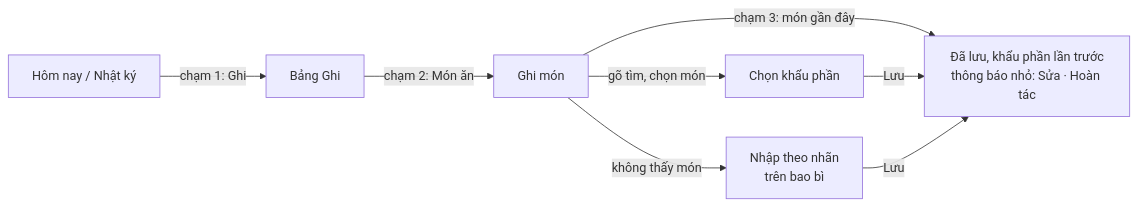
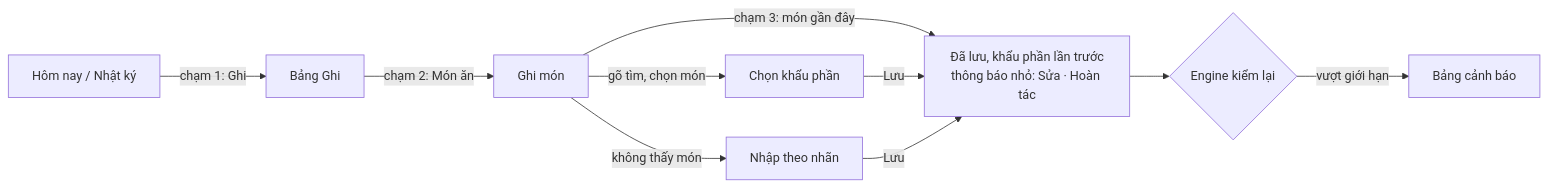
Before and after one commit to anhdt9/wholewell-app: the third of 6 diagrams in docs/design/mvp-overview.md, drawn with Mermaid. The commit also changed other lines of this file and 2 other files, not shown here.

First line of the commit message:
Sửa thiết kế UX tổng thể cho khớp engine và nguồn

````diff
--- a/docs/design/mvp-overview.md
+++ b/docs/design/mvp-overview.md
@@ -94,8 +121,10 @@
 ```mermaid
 flowchart LR
   H[Hôm nay / Nhật ký] -->|chạm 1: Ghi| G[Bảng Ghi]
   G -->|chạm 2: Món ăn| M[Ghi món]
   M -->|chạm 3: món gần đây| S[Đã lưu, khẩu phần lần trước<br/>thông báo nhỏ: Sửa · Hoàn tác]
   M -->|gõ tìm, chọn món| KP[Chọn khẩu phần] -->|Lưu| S
-  M -->|không thấy món| TN[Nhập theo nhãn<br/>trên bao bì] -->|Lưu| S
+  M -->|không thấy món| TN[Nhập theo nhãn] -->|Lưu| S
+  S --> U{Engine kiểm lại}
+  U -->|vượt giới hạn| CW[Bảng cảnh báo]
 ```
````
